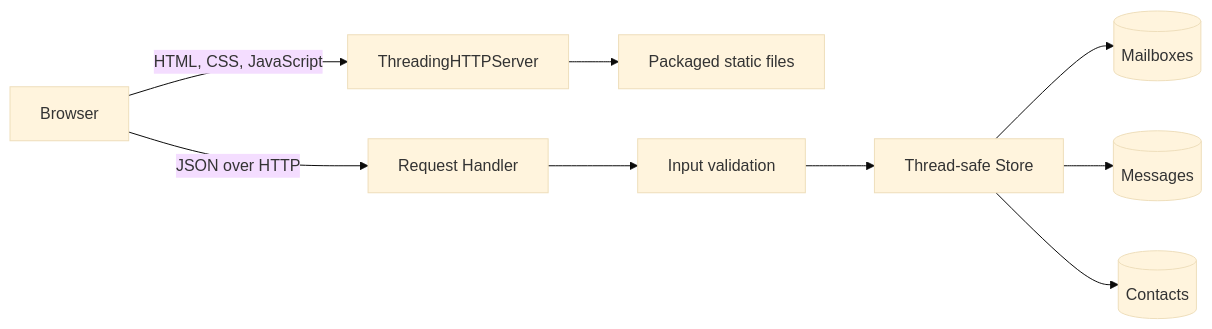
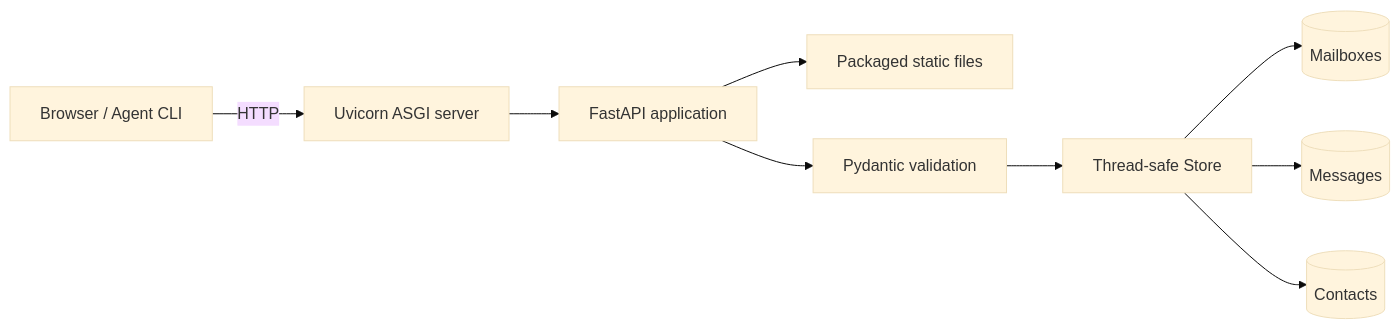
The diagram in README.md (chenyuan99/open-agent-mail), drawn with Mermaid (base theme) before and after one commit. The commit also changed other lines of this file and 21 other files, not shown here.

Commit message:
Migrate to FastAPI with Swagger and CI

````diff
--- a/README.md
+++ b/README.md
@@ -24,11 +28,11 @@
 ```mermaid
 flowchart LR
-    U[Browser] -->|HTML, CSS, JavaScript| H[ThreadingHTTPServer]
-    U -->|JSON over HTTP| A[Request Handler]
-    H --> S[Packaged static files]
-    A --> V[Input validation]
+    U[Browser / Agent CLI] -->|HTTP| H[Uvicorn ASGI server]
+    H --> A[FastAPI application]
+    A --> S[Packaged static files]
+    A --> V[Pydantic validation]
     V --> D[Thread-safe Store]
     D --> M[(Mailboxes)]
     D --> E[(Messages)]
     D --> C[(Contacts)]
 ```
````
